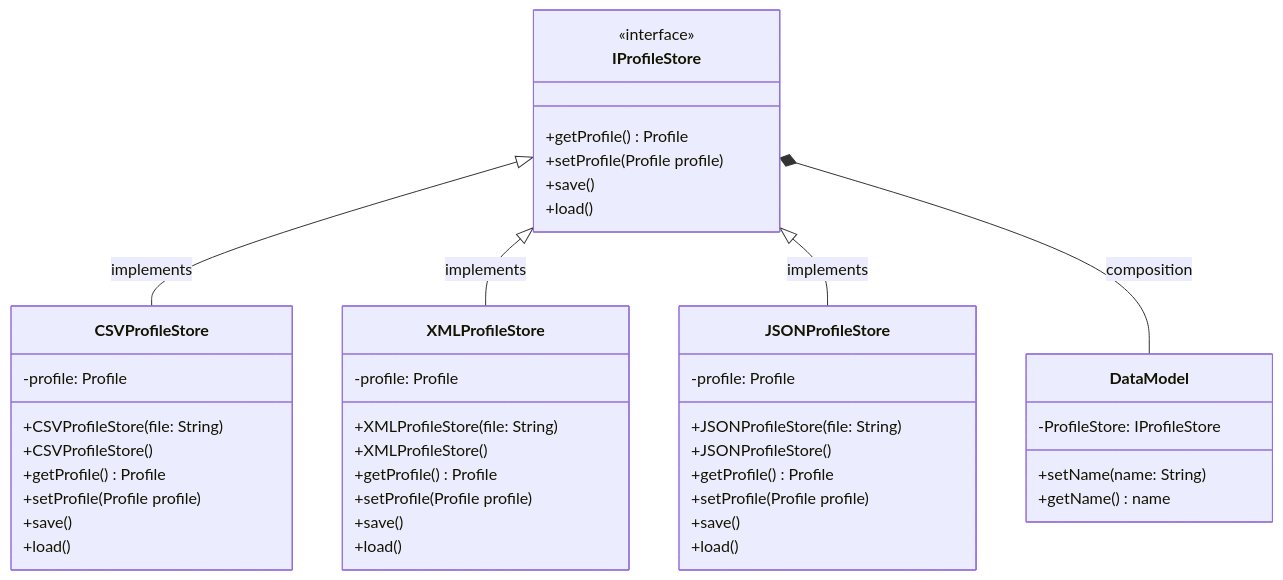
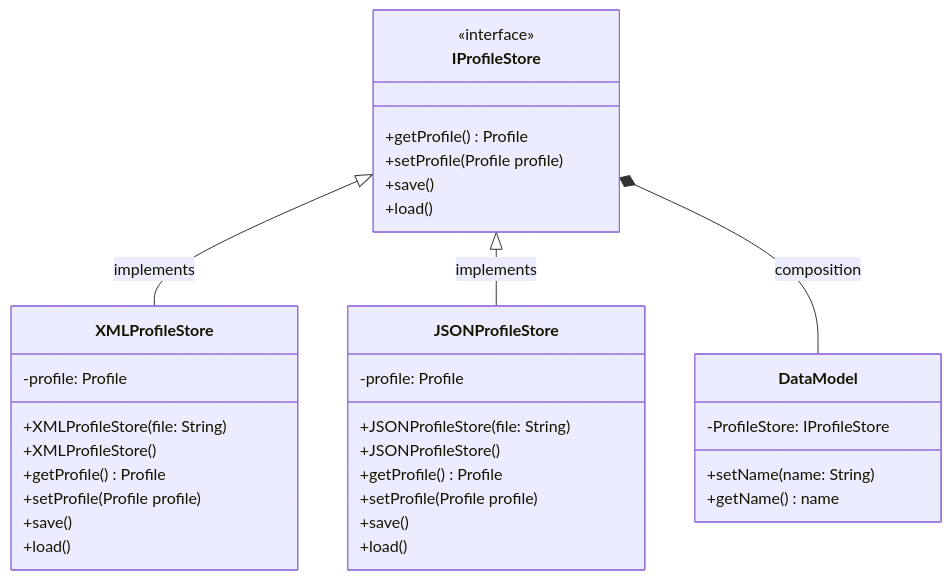
Before and after one commit to overlord-supreme/checkers: the second of 2 diagrams in docs/design/5-data-model.md, drawn with Mermaid. The commit also changed other lines of this file, not shown here.

````diff
--- a/docs/design/5-data-model.md
+++ b/docs/design/5-data-model.md
@@ -19,51 +19,40 @@
 ```mermaid
 classDiagram
-    IProfileStore <|-- CSVProfileStore: implements
     IProfileStore <|-- XMLProfileStore: implements
     IProfileStore <|-- JSONProfileStore: implements
     IProfileStore *-- DataModel: composition
 
     class DataModel {
         -ProfileStore: IProfileStore
         +setName(name: String)
         +getName() name
     }
 
     class IProfileStore {
         +getProfile() Profile
         +setProfile(Profile profile)
         +save()
         +load()
     }
     <<interface>> IProfileStore
-
-    class CSVProfileStore { 
-        -profile: Profile
-        +CSVProfileStore(file: String)
-        +CSVProfileStore()
-        +getProfile() Profile
-        +setProfile(Profile profile)
-        +save()
-        +load()
-    }
 
     class XMLProfileStore {
         -profile: Profile
         +XMLProfileStore(file: String)
         +XMLProfileStore()
         +getProfile() Profile
         +setProfile(Profile profile)
         +save()
         +load()   
     }
 
     class JSONProfileStore {
         -profile: Profile
         +JSONProfileStore(file: String)
         +JSONProfileStore()
         +getProfile() Profile
         +setProfile(Profile profile)
         +save()
         +load()   
     }
 ```
````
